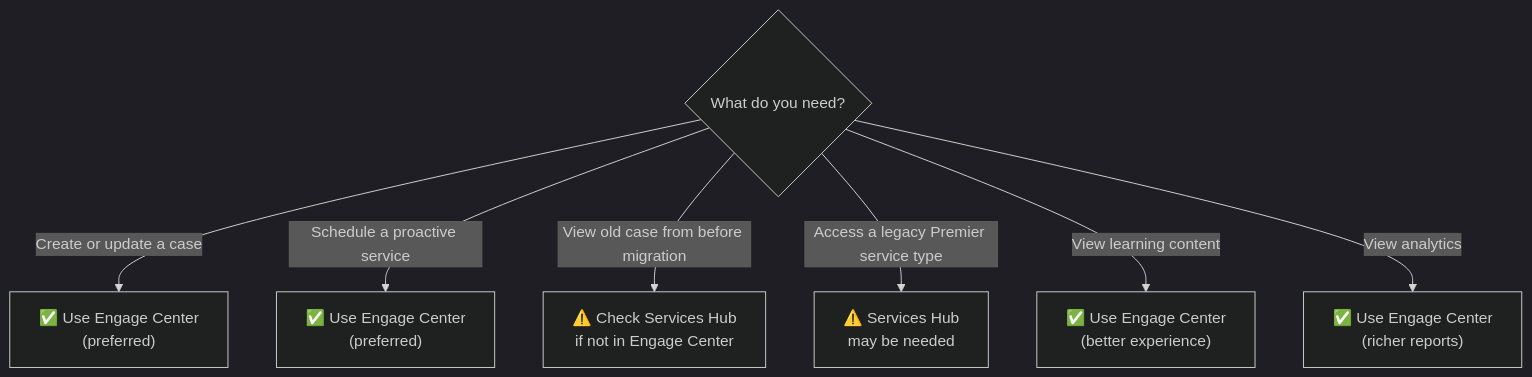
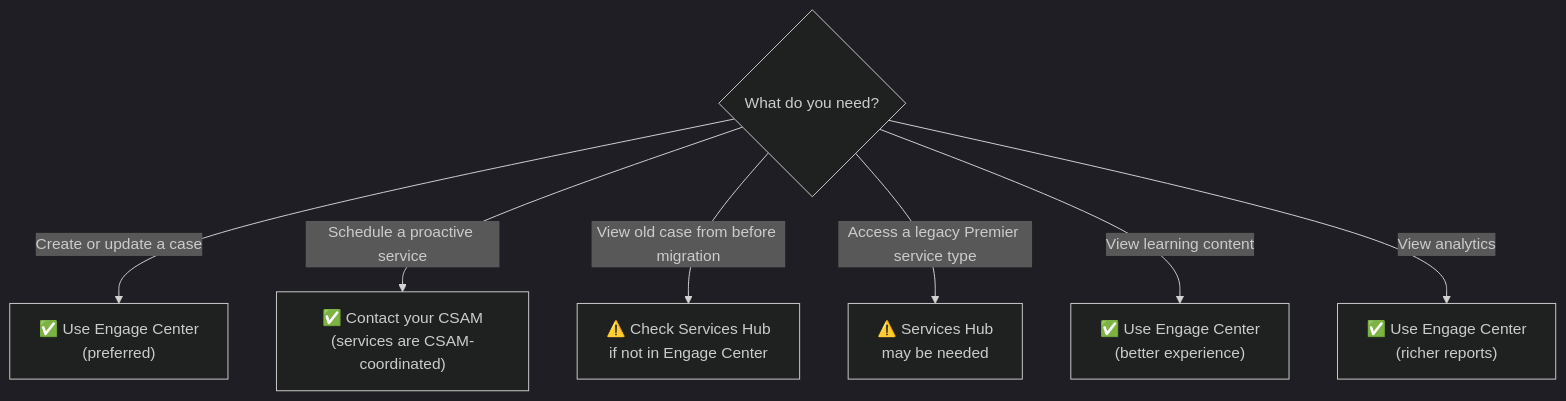
The second of 2 diagrams in 05-services-hub-comparison.md (marcogrimaldi29/engage-center-notes), drawn with Mermaid before and after one commit. The commit also changed other lines of this file and 7 other files, not shown here.

First line of the commit message:
Align all content with official Engage Center documentation

````diff
--- a/05-services-hub-comparison.md
+++ b/05-services-hub-comparison.md
@@ -175,11 +176,11 @@
 ```mermaid
 %%{init: {"theme":"dark"}}%%
 flowchart TD
     START{"What do you need?"}
     START -->|"Create or update a case"| EC1["✅ Use Engage Center\n(preferred)"]
-    START -->|"Schedule a proactive service"| EC2["✅ Use Engage Center\n(preferred)"]
+    START -->|"Schedule a proactive service"| EC2["✅ Contact your CSAM\n(services are CSAM-coordinated)"]
     START -->|"View old case from before migration"| SH1["⚠️ Check Services Hub\nif not in Engage Center"]
     START -->|"Access a legacy Premier service type"| SH2["⚠️ Services Hub\nmay be needed"]
     START -->|"View learning content"| EC3["✅ Use Engage Center\n(better experience)"]
     START -->|"View analytics"| EC4["✅ Use Engage Center\n(richer reports)"]
 ```
````
